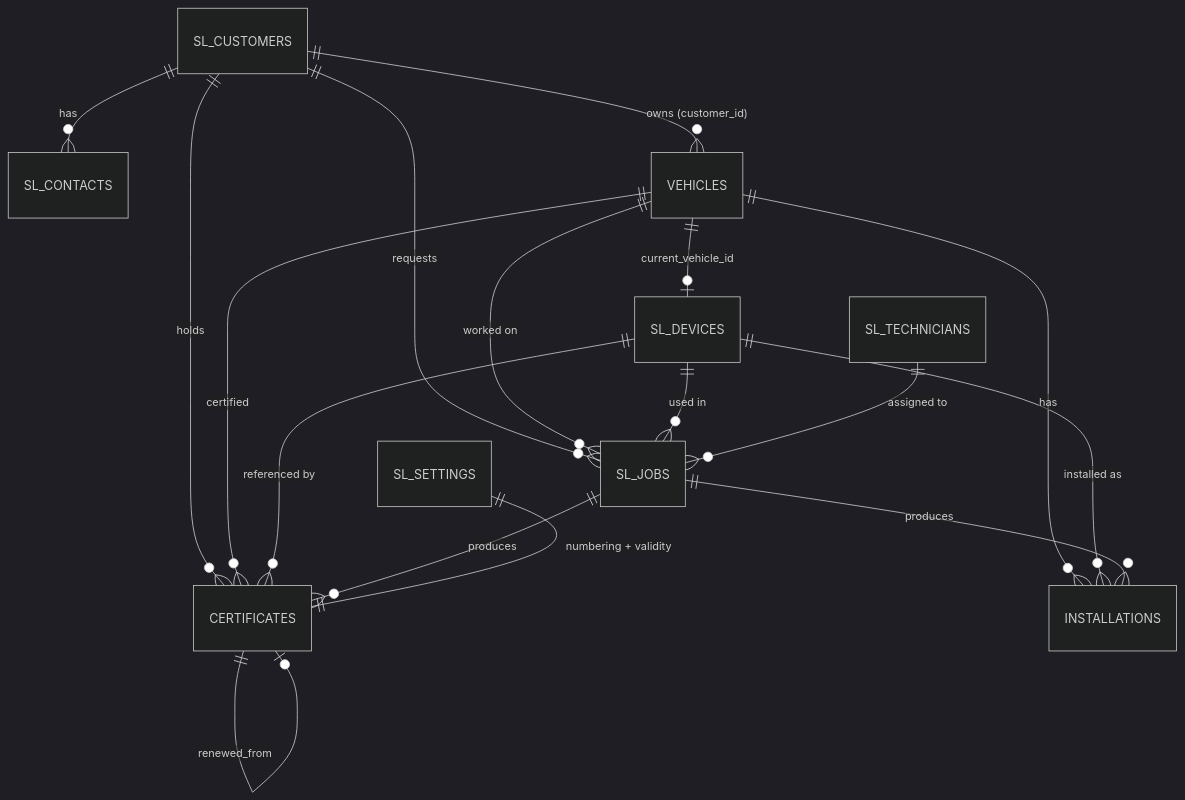
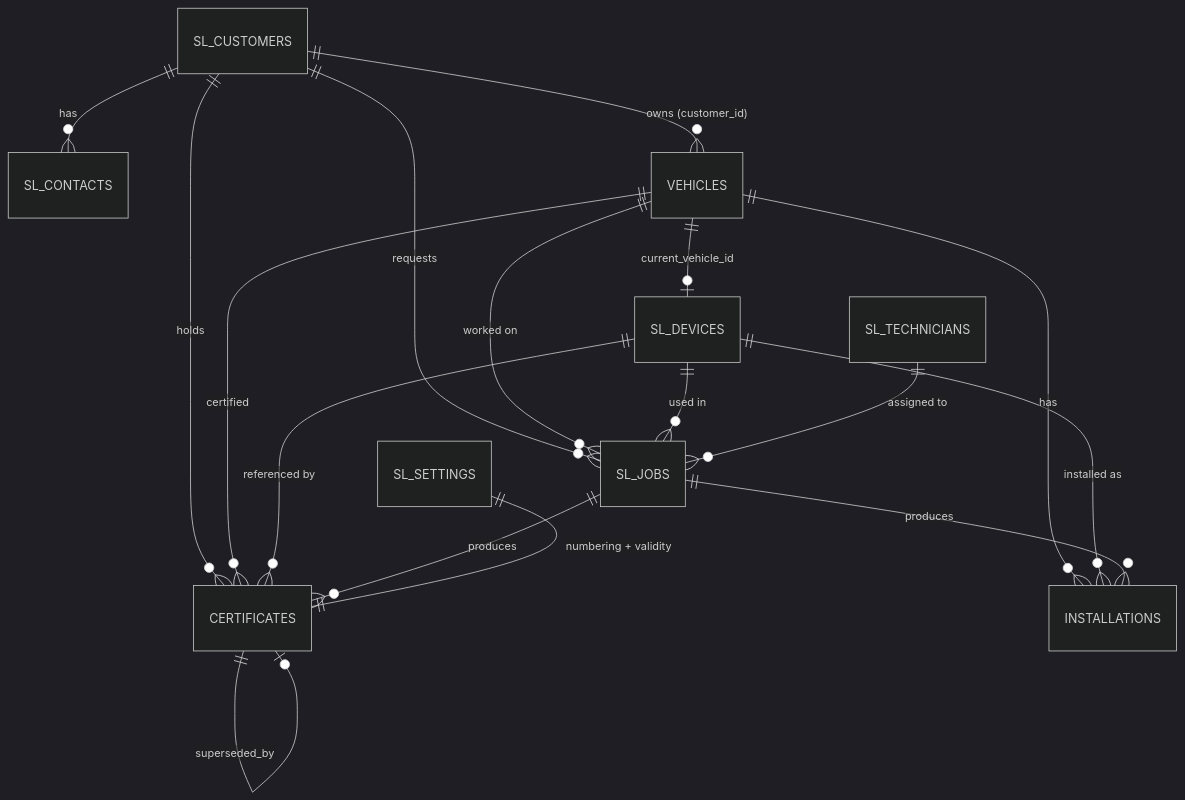
Before and after one commit to aqoza/FleetZa: the first of 3 diagrams in docs/SPEED_LIMITERS.md, drawn with Mermaid (dark theme). The commit also changed other lines of this file and 16 other files, not shown here.

````diff
--- a/docs/SPEED_LIMITERS.md
+++ b/docs/SPEED_LIMITERS.md
@@ -41,19 +41,20 @@
 ```mermaid
 erDiagram
     SL_CUSTOMERS ||--o{ SL_CONTACTS : "has"
     SL_CUSTOMERS ||--o{ VEHICLES : "owns (customer_id)"
     SL_CUSTOMERS ||--o{ SL_JOBS : "requests"
     SL_CUSTOMERS ||--o{ CERTIFICATES : "holds"
     VEHICLES ||--o{ SL_JOBS : "worked on"
     VEHICLES ||--o| SL_DEVICES : "current_vehicle_id"
     VEHICLES ||--o{ INSTALLATIONS : "has"
     VEHICLES ||--o{ CERTIFICATES : "certified"
     SL_DEVICES ||--o{ SL_JOBS : "used in"
     SL_DEVICES ||--o{ INSTALLATIONS : "installed as"
     SL_DEVICES ||--o{ CERTIFICATES : "referenced by"
     SL_TECHNICIANS ||--o{ SL_JOBS : "assigned to"
     SL_JOBS ||--o{ INSTALLATIONS : "produces"
     SL_JOBS ||--o{ CERTIFICATES : "produces"
     CERTIFICATES ||--o| CERTIFICATES : "renewed_from"
+    CERTIFICATES ||--o| CERTIFICATES : "superseded_by"
     SL_SETTINGS ||--|| CERTIFICATES : "numbering + validity"
 ```
````
